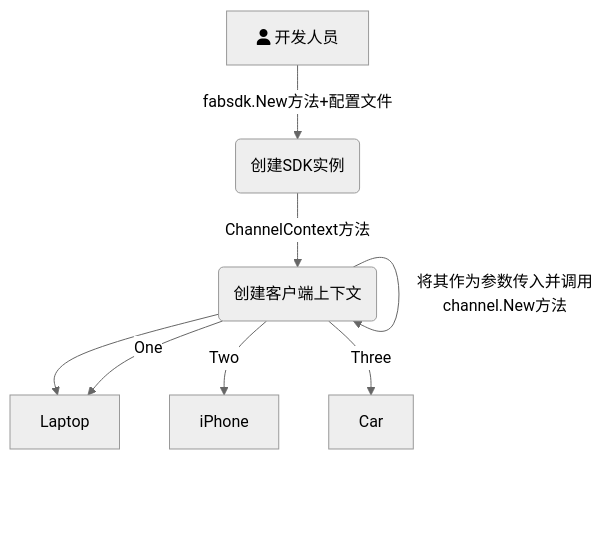
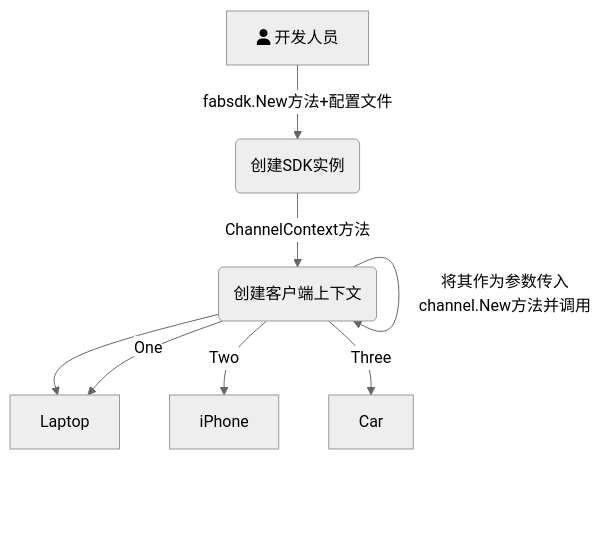
Before and after one commit to Utekichan/iodraw-files: the diagram in all/未命名.md, drawn with Mermaid (neutral theme).

Commit message:
2024-03-30 22:15:59 update

````diff
--- a/all/未命名.md
+++ b/all/未命名.md
@@ -1,11 +1,11 @@
 ```mermaid
 graph TD
     A[fa:fa-user 开发人员] -->|fabsdk.New方法+配置文件| B(创建SDK实例)
     B-->|ChannelContext方法| C(创建客户端上下文)
-    C-->|将其作为参数传入并调用channel.New方法| C(创建客户端上下文)
+    C-->|将其作为参数传入channel.New方法并调用| C(创建客户端上下文)
     C --> D{Select}
     C -->|One| D[Laptop]
     C -->|Two| E[iPhone]
     C -->|Three| F[Car]
   
 ```
````
